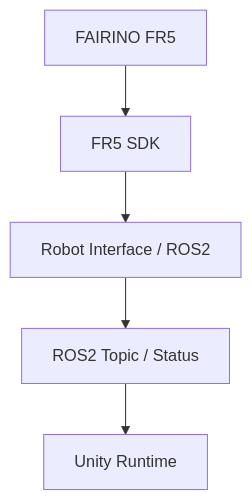
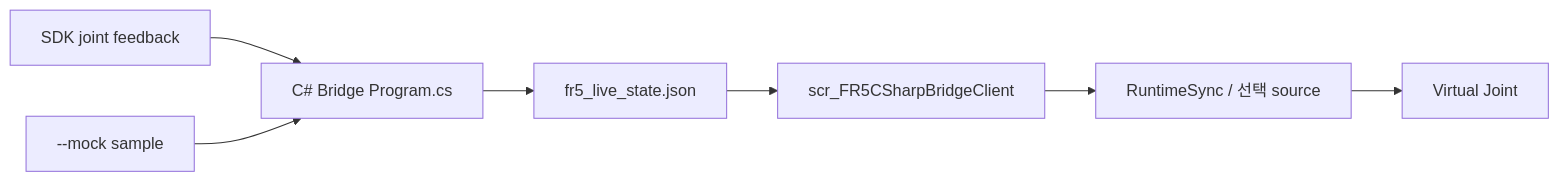
Before and after one commit to seongyeop-dev/fr5-unity-digital-twin: the diagram in docs/10_fr5_sdk_integration.md, drawn with Mermaid. The commit also changed other lines of this file and 49 other files, not shown here.

````diff
--- a/docs/10_fr5_sdk_integration.md
+++ b/docs/10_fr5_sdk_integration.md
@@ -15,7 +19,9 @@
 ```mermaid
-flowchart TB
-    R["FAIRINO FR5"] --> S["FR5 SDK"]
-    S --> B["Robot Interface / ROS2"]
-    B --> T["ROS2 Topic / Status"]
-    T --> U["Unity Runtime"]
+flowchart LR
+    SDK["SDK joint feedback"] --> B["C# Bridge Program.cs"]
+    MOCK["--mock sample"] --> B
+    B --> JSON["fr5_live_state.json"]
+    JSON --> C["scr_FR5CSharpBridgeClient"]
+    C --> S["RuntimeSync / 선택 source"]
+    S --> J["Virtual Joint"]
 ```
````
